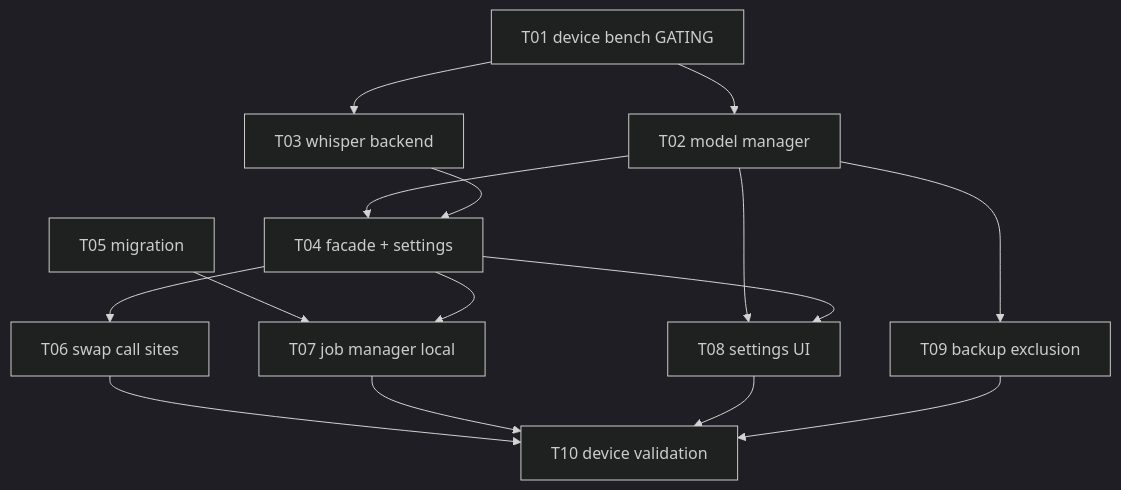
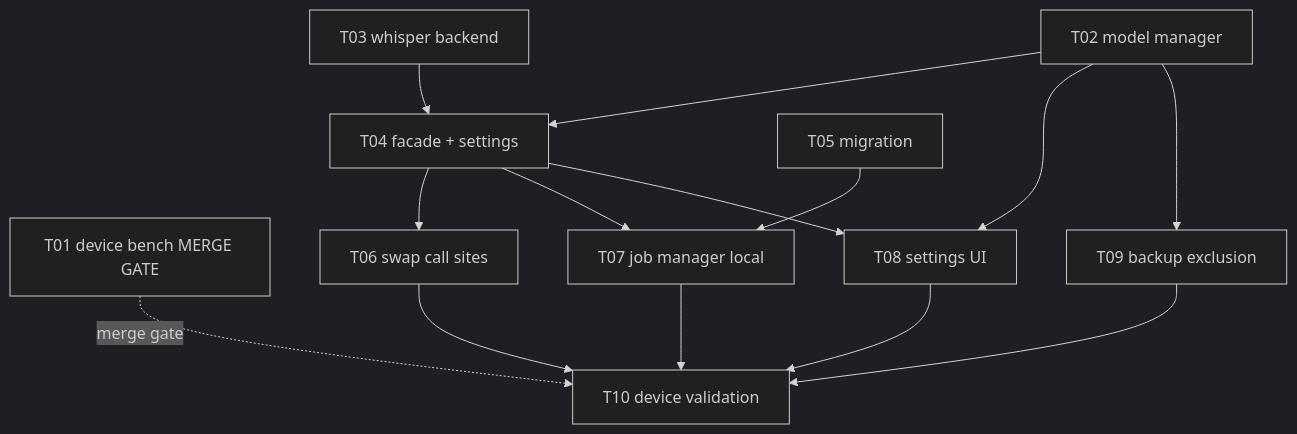
The second of 2 diagrams in docs/rfcs/0005-pluggable-transcription-providers-with-local-whisper-models/RFC.md (mirkobozzetto/flowflow), drawn with Mermaid (dark theme) before and after one commit. The commit also changed other lines of this file and 26 other files, not shown here.

````diff
--- a/docs/rfcs/0005-pluggable-transcription-providers-with-local-whisper-models/RFC.md
+++ b/docs/rfcs/0005-pluggable-transcription-providers-with-local-whisper-models/RFC.md
@@ -322,17 +324,16 @@
 ```mermaid
 graph TD
-  T01[T01 device bench GATING] --> T02[T02 model manager]
-  T01 --> T03[T03 whisper backend]
-  T02 --> T04[T04 facade + settings]
-  T03 --> T04
+  T01[T01 device bench MERGE GATE] -.merge gate.-> T10
+  T02[T02 model manager] --> T04[T04 facade + settings]
+  T03[T03 whisper backend] --> T04
   T05[T05 migration] --> T07
   T04 --> T06[T06 swap call sites]
   T04 --> T07[T07 job manager local]
   T02 --> T08[T08 settings UI]
   T04 --> T08
   T02 --> T09[T09 backup exclusion]
   T06 --> T10[T10 device validation]
   T07 --> T10
   T08 --> T10
   T09 --> T10
 ```
````
